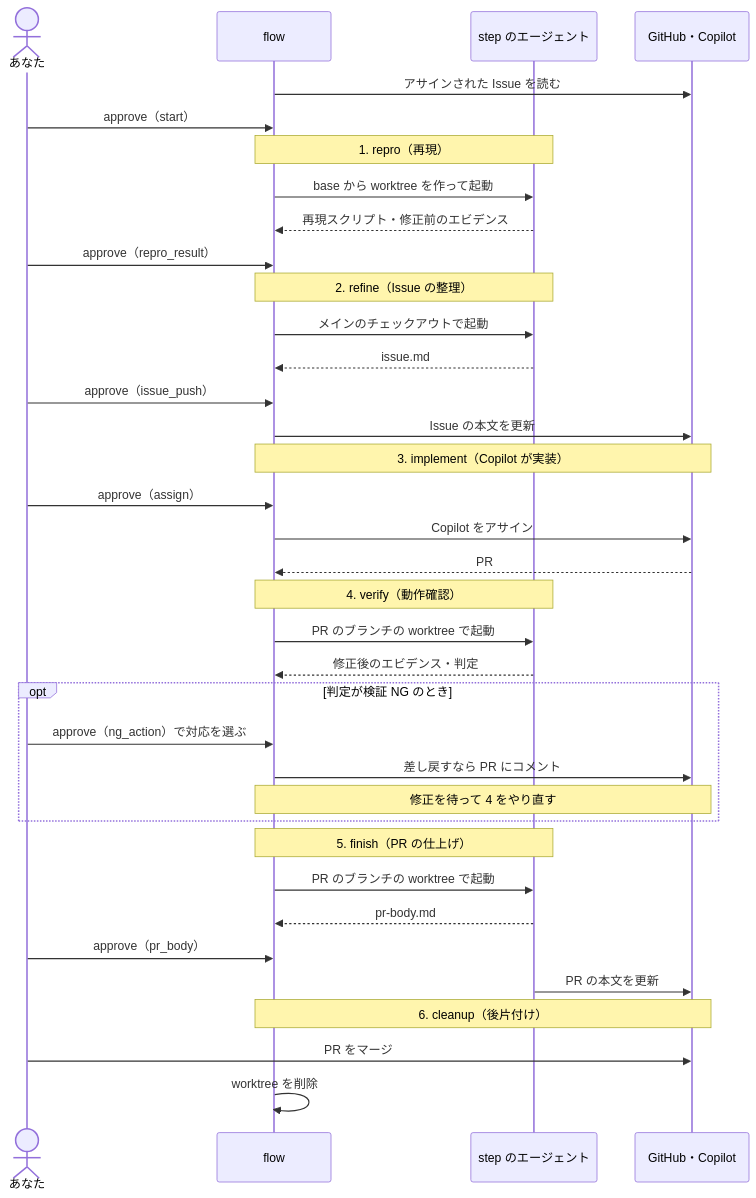
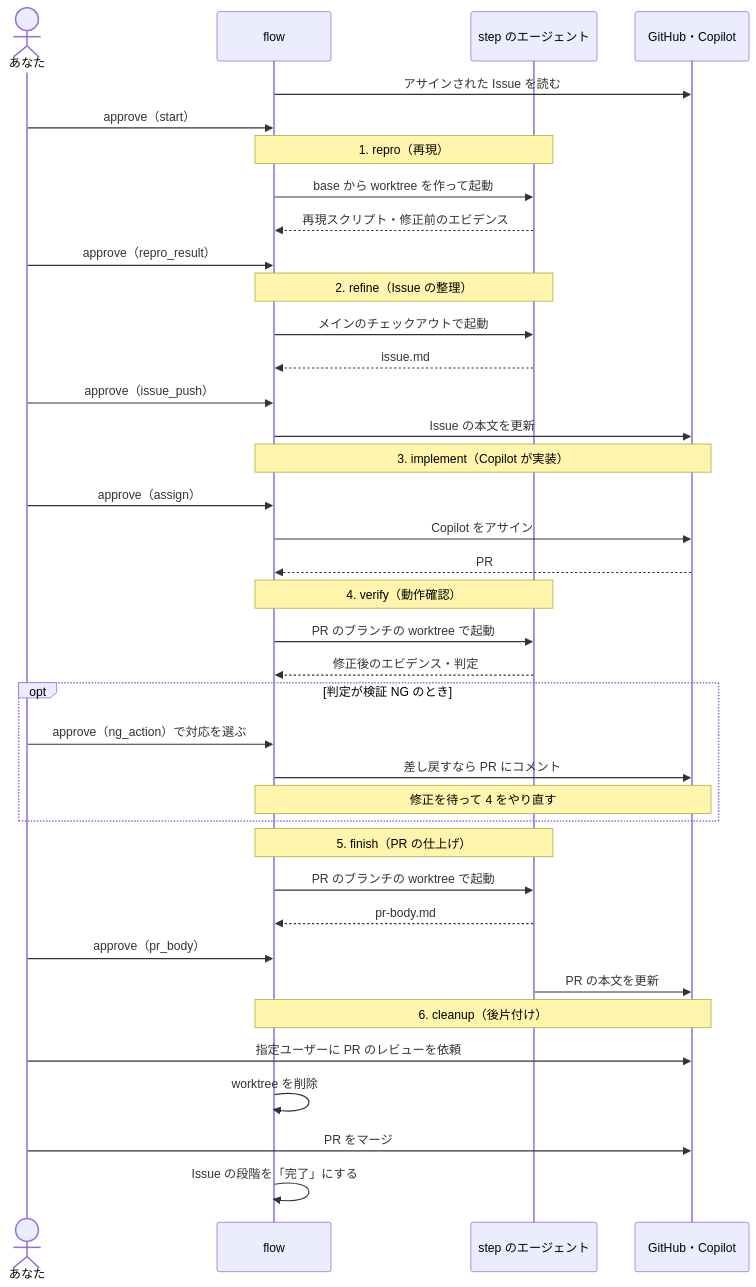
The diagram in README.md (fox-taiga-nakano/flow), drawn with Mermaid before and after one commit. The commit also changed other lines of this file and 25 other files, not shown here.

````diff
--- a/README.md
+++ b/README.md
@@ -49,45 +49,47 @@
 ```mermaid
 sequenceDiagram
     actor U as あなた
     participant F as flow
     participant A as step のエージェント
     participant G as GitHub・Copilot
 
     F->>G: アサインされた Issue を読む
     U->>F: approve（start）
 
     Note over F,A: 1. repro（再現）
     F->>A: base から worktree を作って起動
     A-->>F: 再現スクリプト・修正前のエビデンス
     U->>F: approve（repro_result）
 
     Note over F,A: 2. refine（Issue の整理）
     F->>A: メインのチェックアウトで起動
     A-->>F: issue.md
     U->>F: approve（issue_push）
     F->>G: Issue の本文を更新
 
     Note over F,G: 3. implement（Copilot が実装）
     U->>F: approve（assign）
     F->>G: Copilot をアサイン
     G-->>F: PR
 
     Note over F,A: 4. verify（動作確認）
     F->>A: PR のブランチの worktree で起動
     A-->>F: 修正後のエビデンス・判定
     opt 判定が検証 NG のとき
         U->>F: approve（ng_action）で対応を選ぶ
         F->>G: 差し戻すなら PR にコメント
         Note over F,G: 修正を待って 4 をやり直す
     end
 
     Note over F,A: 5. finish（PR の仕上げ）
     F->>A: PR のブランチの worktree で起動
     A-->>F: pr-body.md
     U->>F: approve（pr_body）
     A->>G: PR の本文を更新
 
     Note over F,G: 6. cleanup（後片付け）
+    U->>G: 指定ユーザーに PR のレビューを依頼
+    F->>F: worktree を削除
     U->>G: PR をマージ
-    F->>F: worktree を削除
+    F->>F: Issue の段階を「完了」にする
 ```
````
